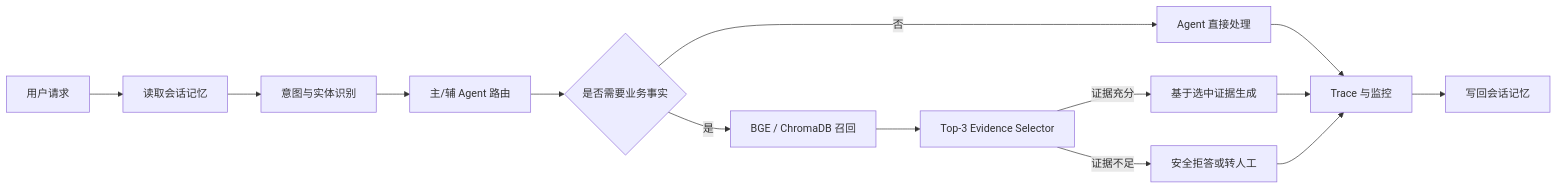
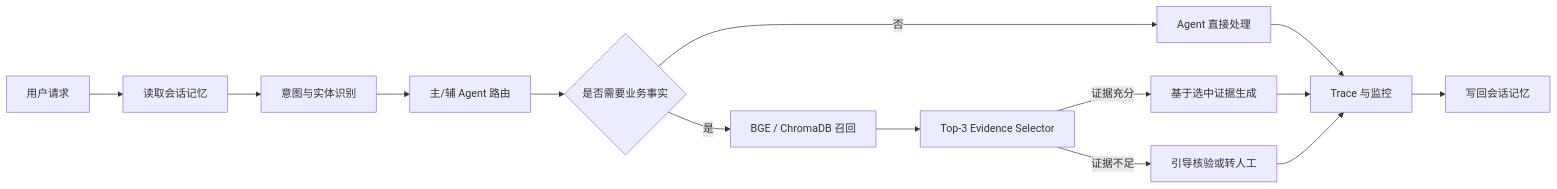
Before and after one commit to LMM1234556/EchoMind: the diagram in docs/AI_PRODUCT_CASE_STUDY.md, drawn with Mermaid. The commit also changed other lines of this file and 2 other files, not shown here.

````diff
--- a/docs/AI_PRODUCT_CASE_STUDY.md
+++ b/docs/AI_PRODUCT_CASE_STUDY.md
@@ -49,16 +49,16 @@
 ```mermaid
 flowchart LR
     U[用户请求] --> M[读取会话记忆]
     M --> I[意图与实体识别]
     I --> O[主/辅 Agent 路由]
     O --> K{是否需要业务事实}
     K -->|否| A[Agent 直接处理]
     K -->|是| R[BGE / ChromaDB 召回]
     R --> E[Top-3 Evidence Selector]
     E -->|证据充分| G[基于选中证据生成]
-    E -->|证据不足| F[安全拒答或转人工]
+    E -->|证据不足| F[引导核验或转人工]
     A --> T[Trace 与监控]
     G --> T
     F --> T
     T --> W[写回会话记忆]
 ```
````
